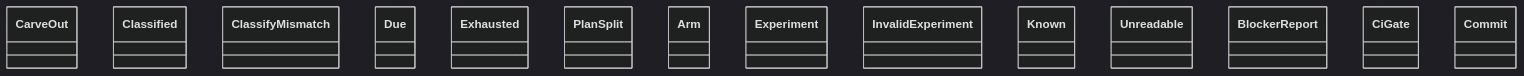
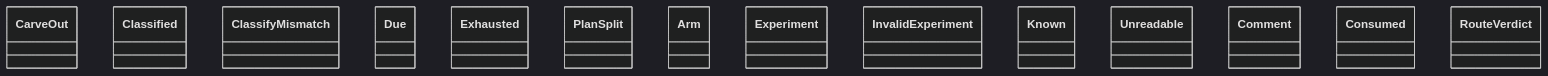
The diagram in docs/architecture/generated/classes-process-domain-state-1.md (GonzaloZevallos/agentic-system), drawn with Mermaid (dark theme) before and after one commit. The commit also changed 15 other files, not shown here.

First line of the commit message:
Add the pure owner-decision rules and the resume_target route rule

````diff
--- a/docs/architecture/generated/classes-process-domain-state-1.md
+++ b/docs/architecture/generated/classes-process-domain-state-1.md
@@ -32,17 +32,17 @@
 ```mermaid
 classDiagram
     class carve_out__CarveOut["CarveOut"]
     class drawing_answer__Classified["Classified"]
     class drawing_answer__ClassifyMismatch["ClassifyMismatch"]
     class drawing_answer__Due["Due"]
     class drawing_answer__Exhausted["Exhausted"]
     class drawing_answer__PlanSplit["PlanSplit"]
     class experiment__Arm["Arm"]
     class experiment__Experiment["Experiment"]
     class experiment__InvalidExperiment["InvalidExperiment"]
     class lead_time__Known["Known"]
     class lead_time__Unreadable["Unreadable"]
-    class rules__BlockerReport["BlockerReport"]
-    class rules__CiGate["CiGate"]
-    class rules__Commit["Commit"]
+    class owner_decision__Comment["Comment"]
+    class owner_decision__Consumed["Consumed"]
+    class owner_decision__RouteVerdict["RouteVerdict"]
 ```
````
